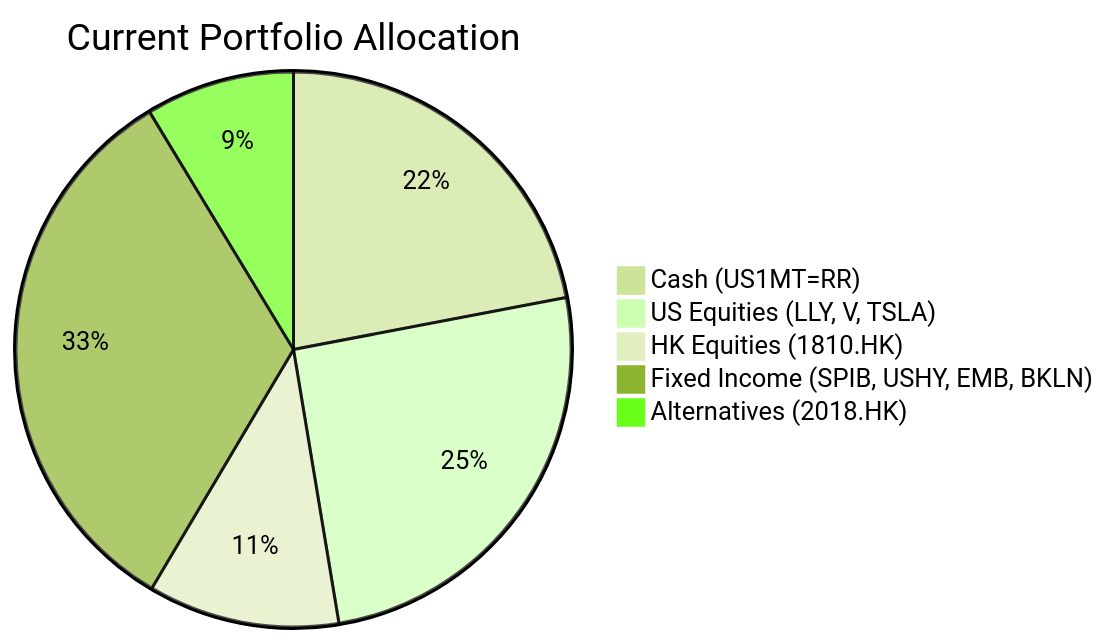
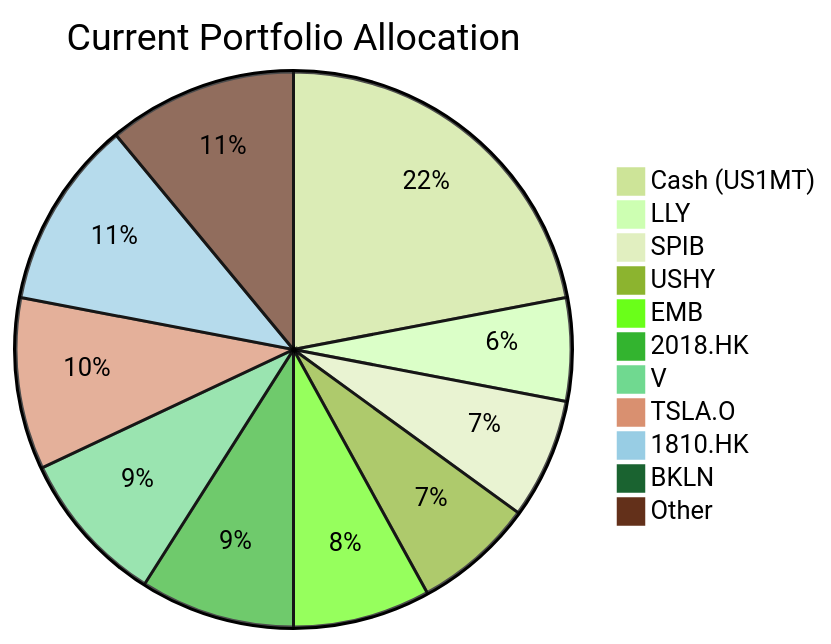
The first of 2 diagrams in docs/sample outputs/client_product_fit_analysis_zw-5.md (roger249/Bot-collaboration), drawn with Mermaid (forest theme) before and after one commit. The commit also changed other lines of this file and 16 other files, not shown here.

````diff
--- a/docs/sample outputs/client_product_fit_analysis_zw-5.md
+++ b/docs/sample outputs/client_product_fit_analysis_zw-5.md
@@ -58,8 +41,14 @@
 ```mermaid
 pie title Current Portfolio Allocation
-    "Cash (US1MT=RR)" : 924000
-    "US Equities (LLY, V, TSLA)" : 1066000
-    "HK Equities (1810.HK)" : 468000
-    "Fixed Income (SPIB, USHY, EMB, BKLN)" : 1378000
-    "Alternatives (2018.HK)" : 364000
+    "Cash (US1MT)" : 22
+    "LLY" : 6
+    "SPIB" : 7
+    "USHY" : 7
+    "EMB" : 8
+    "2018.HK" : 9
+    "V" : 9
+    "TSLA.O" : 10
+    "1810.HK" : 11
+    "BKLN" : 0
+    "Other" : 11
 ```
````
